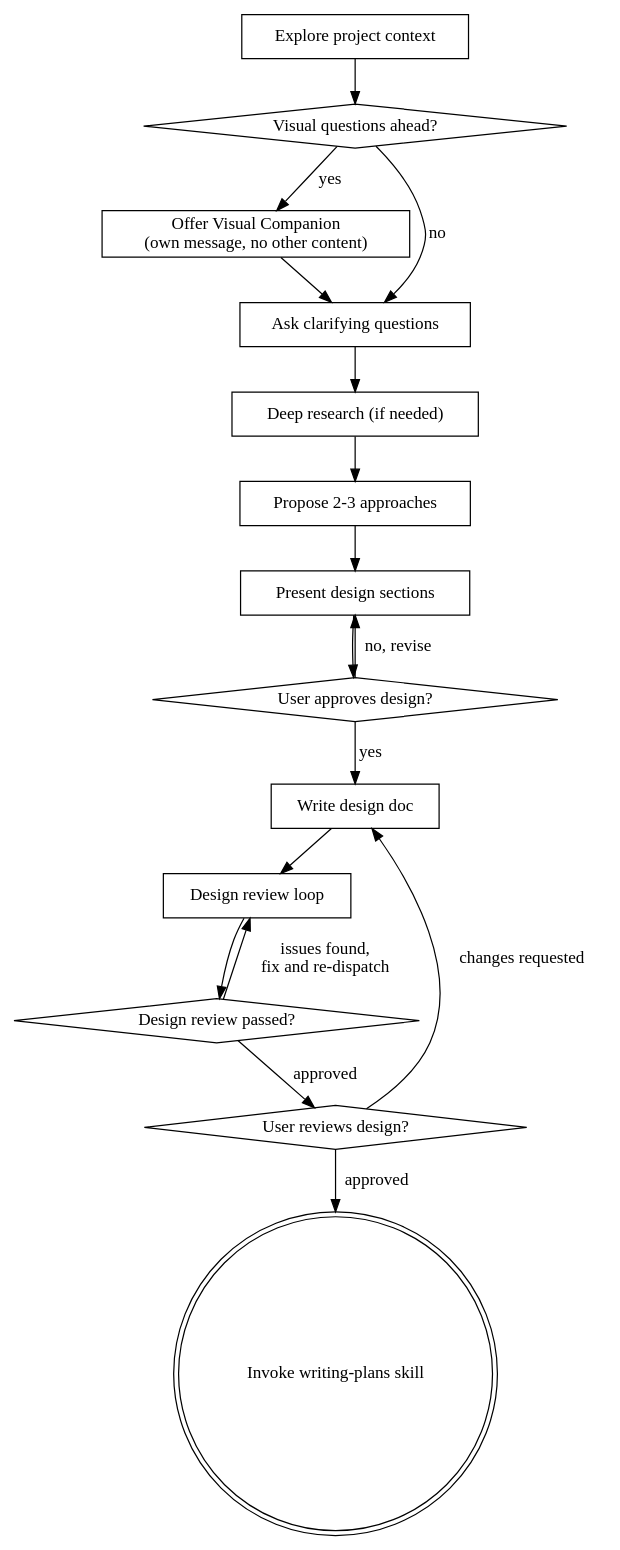
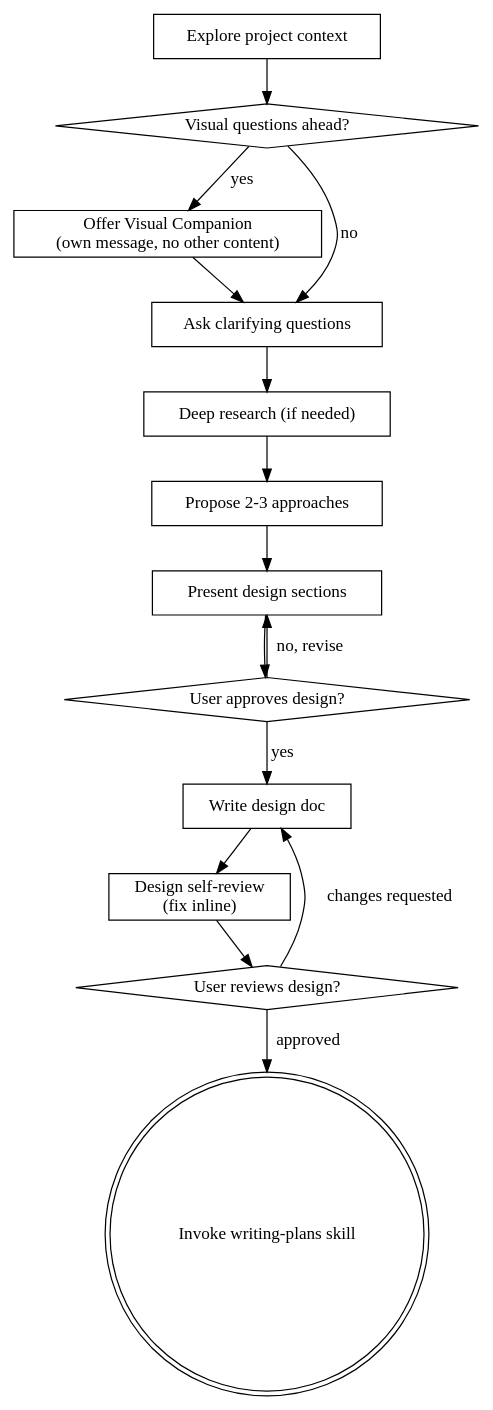
Before and after one commit to yunboom/my-superpowers: the diagram in skills/brainstorming/SKILL.md, drawn with Graphviz. The commit also changed other lines of this file and 89 other files, not shown here.

````diff
--- a/skills/brainstorming/SKILL.md
+++ b/skills/brainstorming/SKILL.md
@@ -39,34 +39,31 @@
 ```dot
 digraph brainstorming {
     "Explore project context" [shape=box];
     "Visual questions ahead?" [shape=diamond];
     "Offer Visual Companion\n(own message, no other content)" [shape=box];
     "Ask clarifying questions" [shape=box];
     "Deep research (if needed)" [shape=box];
     "Propose 2-3 approaches" [shape=box];
     "Present design sections" [shape=box];
     "User approves design?" [shape=diamond];
     "Write design doc" [shape=box];
-    "Design review loop" [shape=box];
-    "Design review passed?" [shape=diamond];
+    "Design self-review\n(fix inline)" [shape=box];
     "User reviews design?" [shape=diamond];
     "Invoke writing-plans skill" [shape=doublecircle];
 
     "Explore project context" -> "Visual questions ahead?";
     "Visual questions ahead?" -> "Offer Visual Companion\n(own message, no other content)" [label="yes"];
     "Visual questions ahead?" -> "Ask clarifying questions" [label="no"];
     "Offer Visual Companion\n(own message, no other content)" -> "Ask clarifying questions";
     "Ask clarifying questions" -> "Deep research (if needed)";
     "Deep research (if needed)" -> "Propose 2-3 approaches";
     "Propose 2-3 approaches" -> "Present design sections";
     "Present design sections" -> "User approves design?";
     "User approves design?" -> "Present design sections" [label="no, revise"];
     "User approves design?" -> "Write design doc" [label="yes"];
-    "Write design doc" -> "Design review loop";
-    "Design review loop" -> "Design review passed?";
-    "Design review passed?" -> "Design review loop" [label="issues found,\nfix and re-dispatch"];
-    "Design review passed?" -> "User reviews design?" [label="approved"];
+    "Write design doc" -> "Design self-review\n(fix inline)";
+    "Design self-review\n(fix inline)" -> "User reviews design?";
     "User reviews design?" -> "Write design doc" [label="changes requested"];
     "User reviews design?" -> "Invoke writing-plans skill" [label="approved"];
 }
 ```
````
